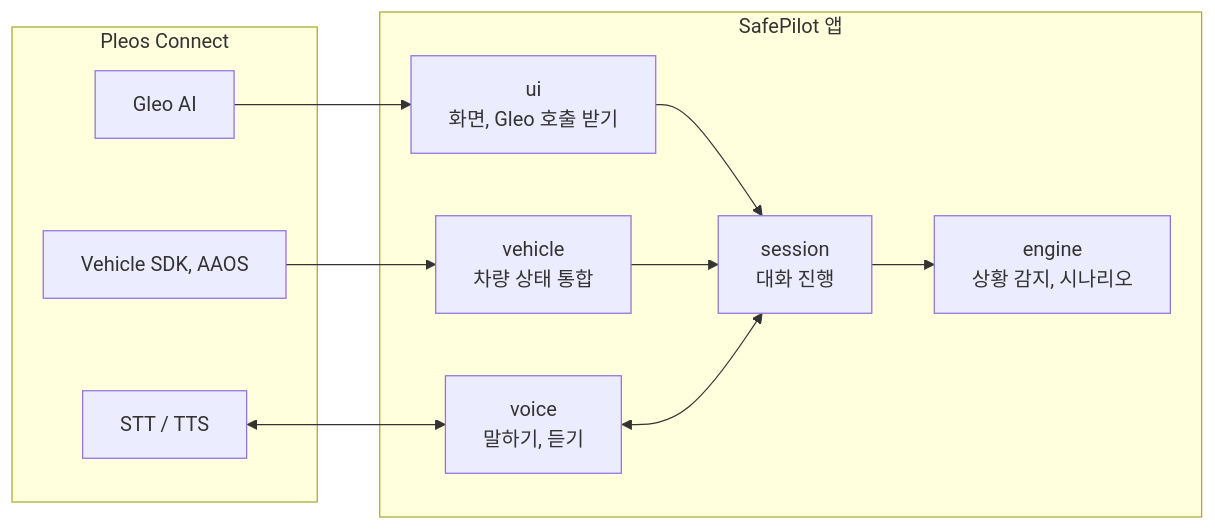
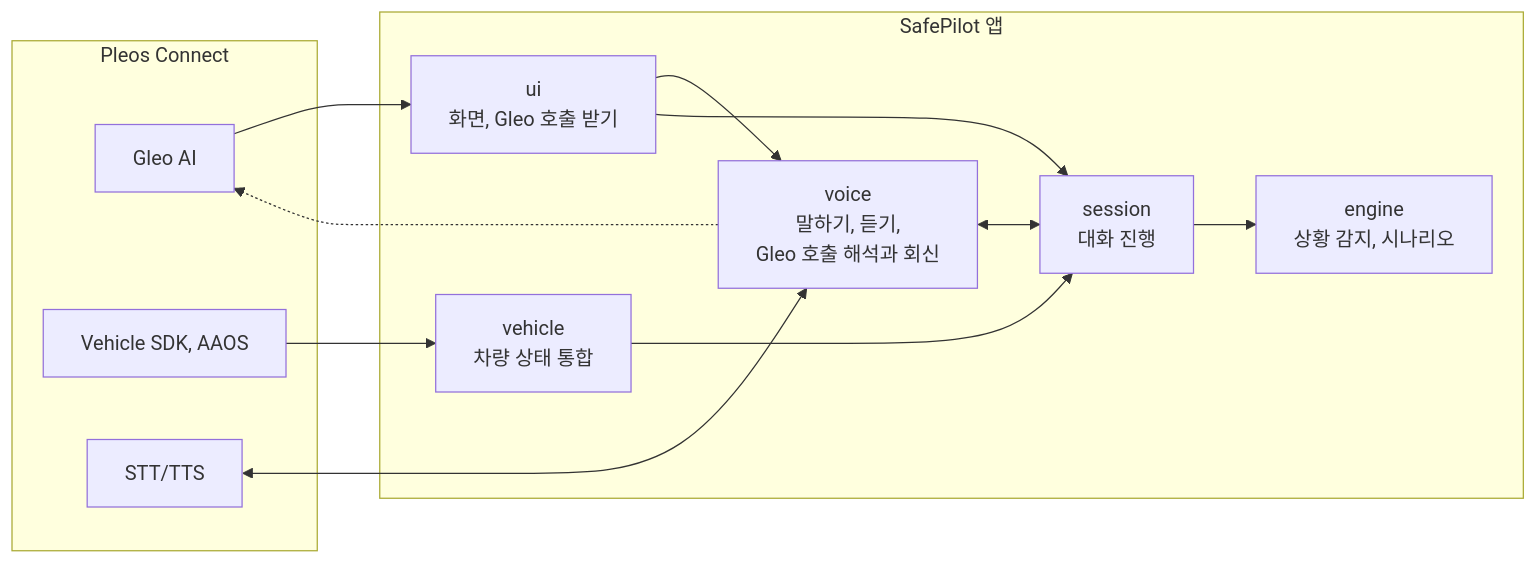
The diagram in proposal/diagrams/06_architecture.mmd (rex-next-labs/SafePilot), drawn with Mermaid before and after one commit. The commit also changed 8 other files, not shown here.

```diff
--- a/proposal/diagrams/06_architecture.mmd
+++ b/proposal/diagrams/06_architecture.mmd
@@ -1,20 +1,22 @@
 flowchart LR
     subgraph Pleos["Pleos Connect"]
         G["Gleo AI"]
         V["Vehicle SDK, AAOS"]
-        T["STT / TTS"]
+        T["STT/TTS"]
     end
     subgraph App["SafePilot 앱"]
         U["ui<br/>화면, Gleo 호출 받기"]
         VE["vehicle<br/>차량 상태 통합"]
         SE["session<br/>대화 진행"]
         E["engine<br/>상황 감지, 시나리오"]
-        VO["voice<br/>말하기, 듣기"]
+        VO["voice<br/>말하기, 듣기,<br/>Gleo 호출 해석과 회신"]
     end
     G --> U
     V --> VE
     T <--> VO
+    U --> VO
+    VO -.-> G
     U --> SE
     VE --> SE
     VO <--> SE
     SE --> E
```
